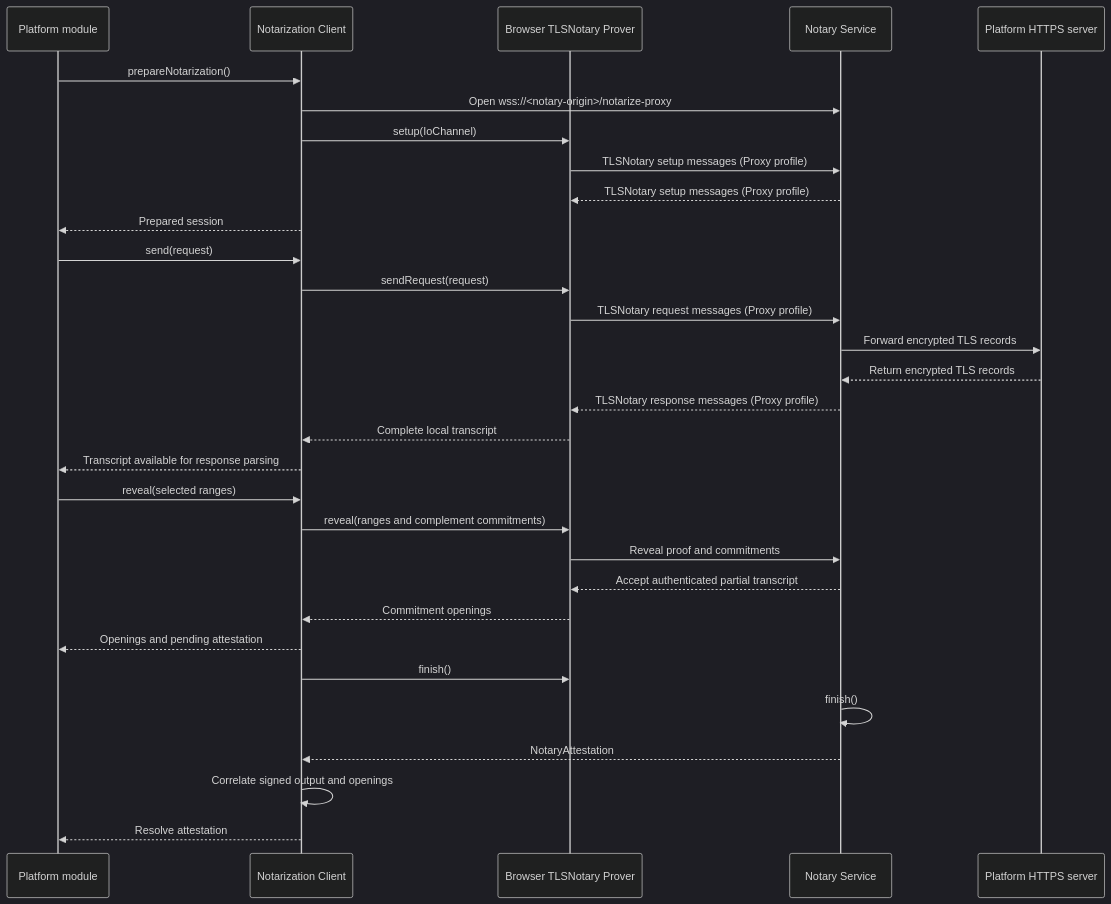
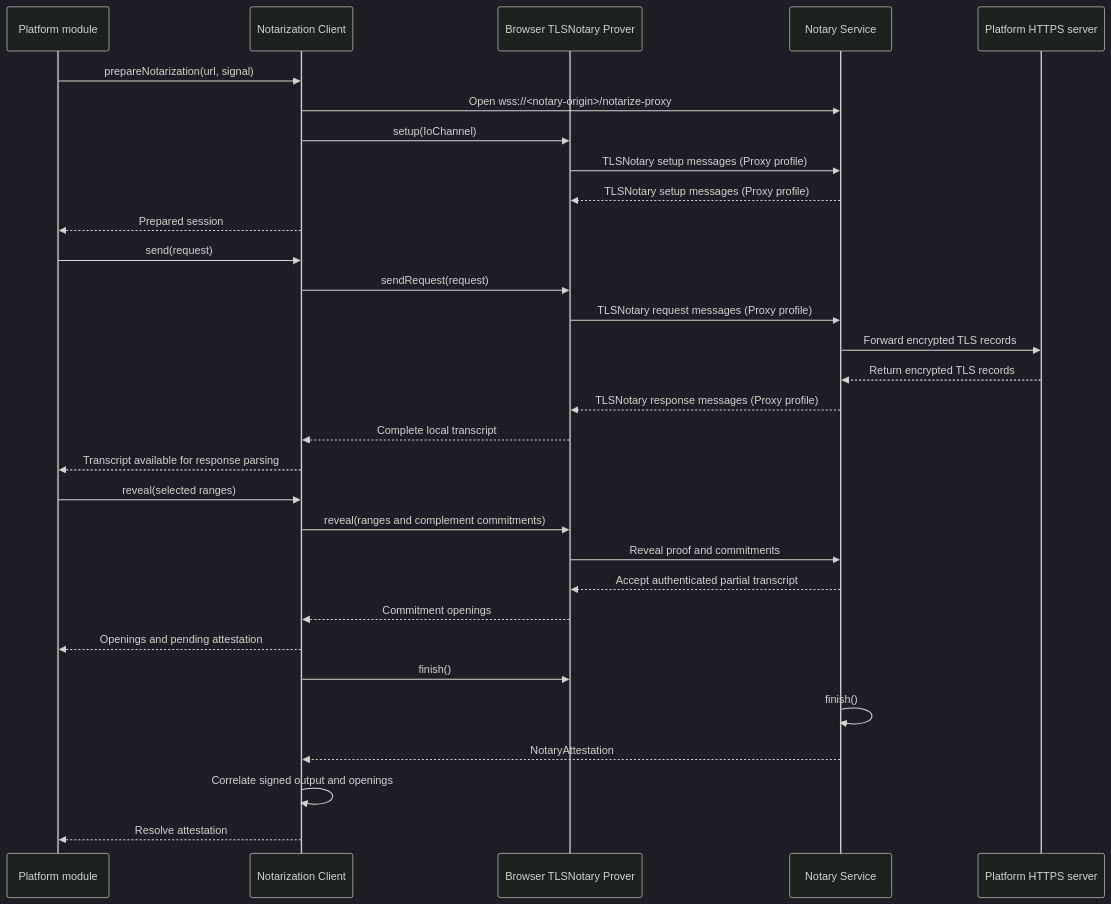
Before and after one commit to libid-org/libid: the diagram in ts/packages/ceremony/NOTARIZATION.md, drawn with Mermaid (dark theme). The commit also changed other lines of this file and 7 other files, not shown here.

````diff
--- a/ts/packages/ceremony/NOTARIZATION.md
+++ b/ts/packages/ceremony/NOTARIZATION.md
@@ -253,34 +266,34 @@
 ```mermaid
 sequenceDiagram
     participant M as Platform module
     participant T as Notarization Client
     participant W as Browser TLSNotary Prover
     participant N as Notary Service
     participant P as Platform HTTPS server
 
-    M->>T: prepareNotarization()
+    M->>T: prepareNotarization(url, signal)
     T->>N: Open wss://<notary-origin>/notarize-proxy
     T->>W: setup(IoChannel)
     W->>N: TLSNotary setup messages (Proxy profile)
     N-->>W: TLSNotary setup messages (Proxy profile)
     T-->>M: Prepared session
     M->>T: send(request)
     T->>W: sendRequest(request)
     W->>N: TLSNotary request messages (Proxy profile)
     N->>P: Forward encrypted TLS records
     P-->>N: Return encrypted TLS records
     N-->>W: TLSNotary response messages (Proxy profile)
     W-->>T: Complete local transcript
     T-->>M: Transcript available for response parsing
     M->>T: reveal(selected ranges)
     T->>W: reveal(ranges and complement commitments)
     W->>N: Reveal proof and commitments
     N-->>W: Accept authenticated partial transcript
     W-->>T: Commitment openings
     T-->>M: Openings and pending attestation
     T->>W: finish()
     N->>N: finish()
     N-->>T: NotaryAttestation
     T->>T: Correlate signed output and openings
     T-->>M: Resolve attestation
 ```
````
